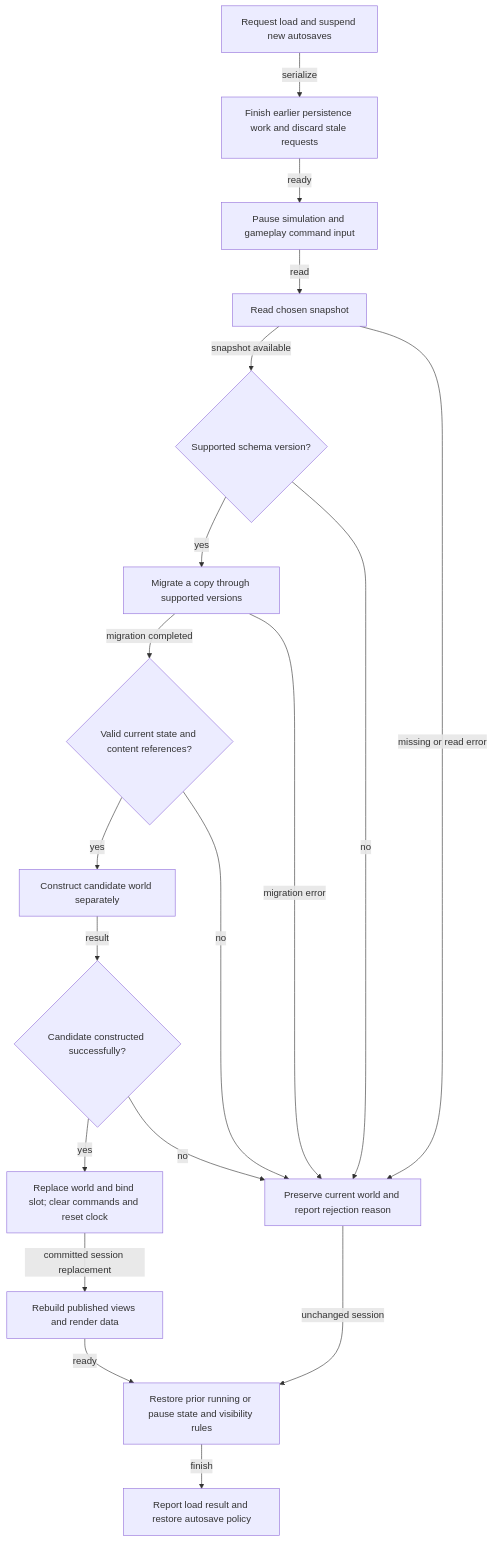
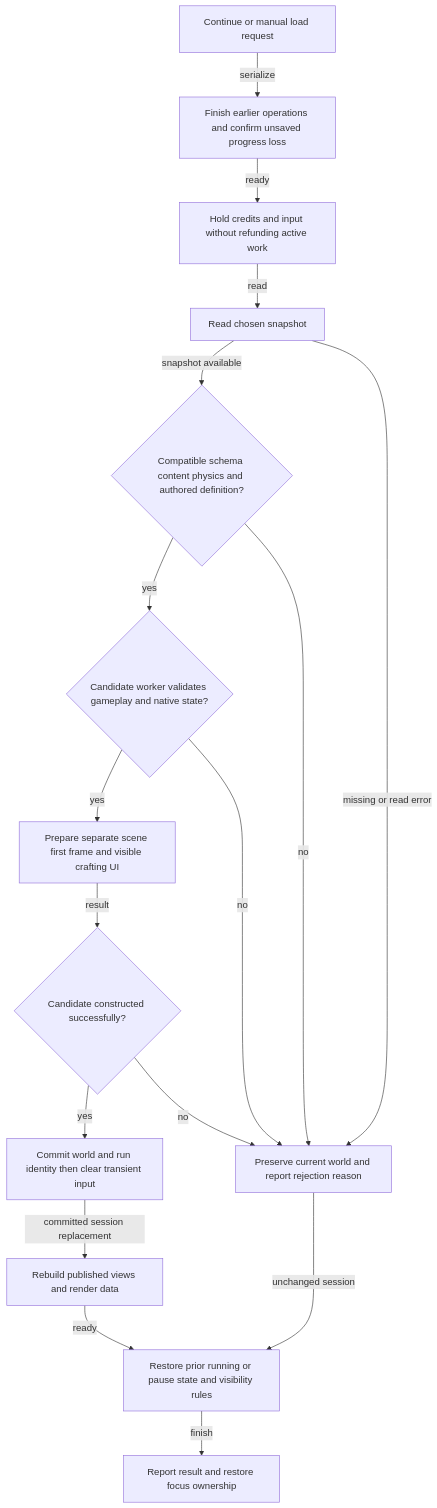
Before and after one commit to Googlproxer/Scrapworks: the fourth of 5 diagrams in docs/plans/README.md, drawn with Mermaid. The commit also changed other lines of this file and 77 other files, not shown here.

Commit message:
Implement Milestone 4 manual gameplay saves

````diff
--- a/docs/plans/README.md
+++ b/docs/plans/README.md
@@ -232,36 +243,33 @@
 ```mermaid
 flowchart TB
-    Request[Request load and suspend new autosaves]
-    Queue[Finish earlier persistence work and discard stale requests]
-    Pause[Pause simulation and gameplay command input]
+    Request[Continue or manual load request]
+    Queue[Finish earlier operations and confirm unsaved progress loss]
+    Pause[Hold credits and input without refunding active work]
     Read[Read chosen snapshot]
-    Version{Supported schema version?}
-    Migrate[Migrate a copy through supported versions]
-    Valid{Valid current state and content references?}
-    Build[Construct candidate world separately]
+    Version{Compatible schema content physics and authored definition?}
+    Valid{Candidate worker validates gameplay and native state?}
+    Build[Prepare separate scene first frame and visible crafting UI]
     Ready{Candidate constructed successfully?}
-    Swap[Replace world and bind slot; clear commands and reset clock]
+    Swap[Commit world and run identity then clear transient input]
     Publish[Rebuild published views and render data]
     Reject[Preserve current world and report rejection reason]
     Resume[Restore prior running or pause state and visibility rules]
-    Result[Report load result and restore autosave policy]
+    Result[Report result and restore focus ownership]
 
     Request -->|serialize| Queue
     Queue -->|ready| Pause
     Pause -->|read| Read
     Read -->|snapshot available| Version
     Read -->|missing or read error| Reject
-    Version -->|yes| Migrate
+    Version -->|yes| Valid
     Version -->|no| Reject
-    Migrate -->|migration completed| Valid
-    Migrate -->|migration error| Reject
     Valid -->|yes| Build
     Valid -->|no| Reject
     Build -->|result| Ready
     Ready -->|yes| Swap
     Ready -->|no| Reject
     Swap -->|committed session replacement| Publish
     Publish -->|ready| Resume
     Reject -->|unchanged session| Resume
     Resume -->|finish| Result
 ```
````
